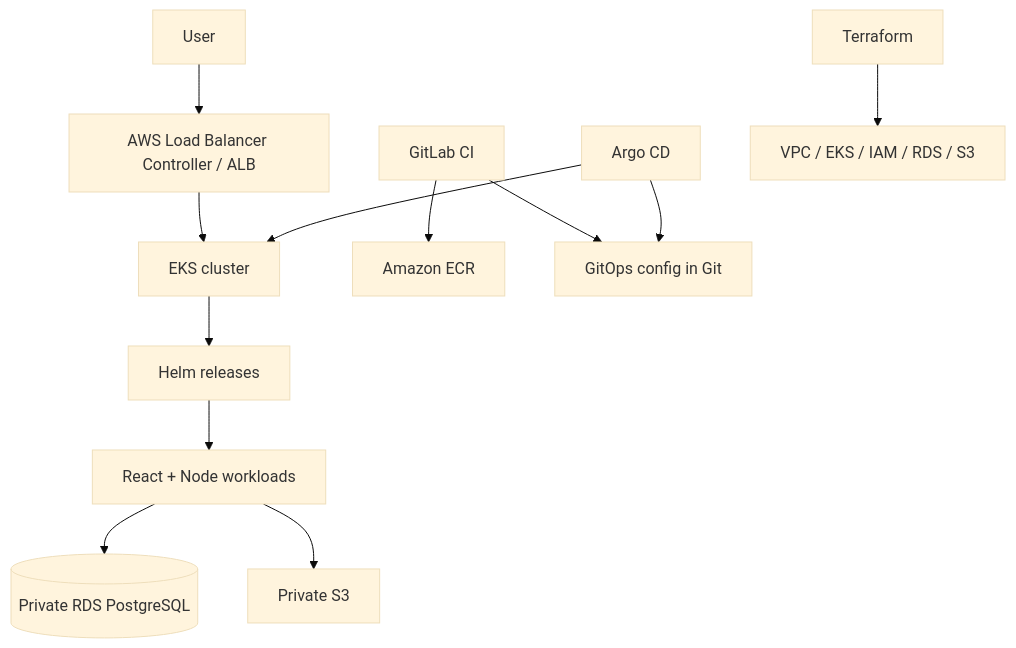
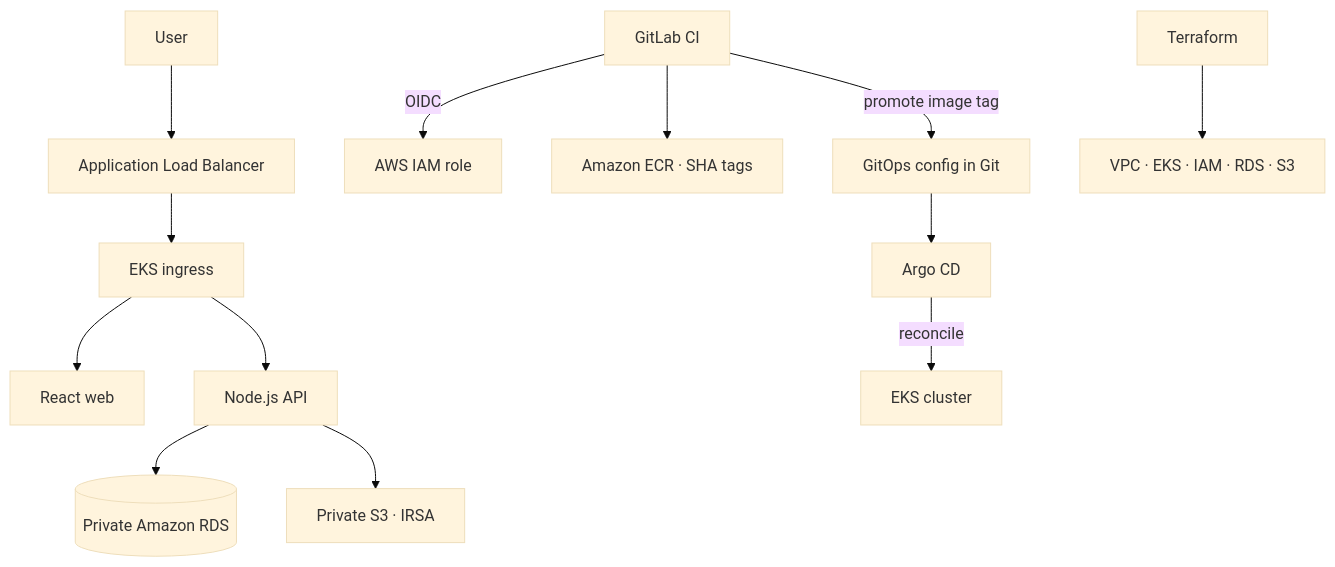
One commit to S-charan120/showcaseme-aws-eks-devops changed the diagram in README.md. Above: the diagram before and after it, drawn with Mermaid (base theme). The commit also changed other lines of this file and 2 other files, not shown here.

First line of the commit message:
Complete ShowcaseMe AWS EKS portfolio implementation

````diff
--- a/README.md
+++ b/README.md
@@ -18,14 +22,15 @@
 ```mermaid
 flowchart TB
-  User --> ALB[AWS Load Balancer Controller / ALB]
-  ALB --> EKS[EKS cluster]
-  EKS --> Helm[Helm releases]
-  Helm --> App[React + Node workloads]
-  App --> RDS[(Private RDS PostgreSQL)]
-  App --> S3[Private S3]
-  GitLab[GitLab CI] --> ECR[Amazon ECR]
-  GitLab --> Git[GitOps config in Git]
-  Argo[Argo CD] --> Git
-  Argo --> EKS
-  TF[Terraform] --> VPC[VPC / EKS / IAM / RDS / S3]
+  U[User] --> ALB[Application Load Balancer]
+  ALB --> ING[EKS ingress]
+  ING --> WEB[React web]
+  ING --> API[Node.js API]
+  API --> RDS[(Private Amazon RDS)]
+  API --> S3[Private S3 · IRSA]
+  GL[GitLab CI] -->|OIDC| AWS[AWS IAM role]
+  GL --> ECR[Amazon ECR · SHA tags]
+  GL -->|promote image tag| GIT[GitOps config in Git]
+  ARGO[Argo CD] -->|reconcile| EKS[EKS cluster]
+  GIT --> ARGO
+  TF[Terraform] --> VPC[VPC · EKS · IAM · RDS · S3]
 ```
````
